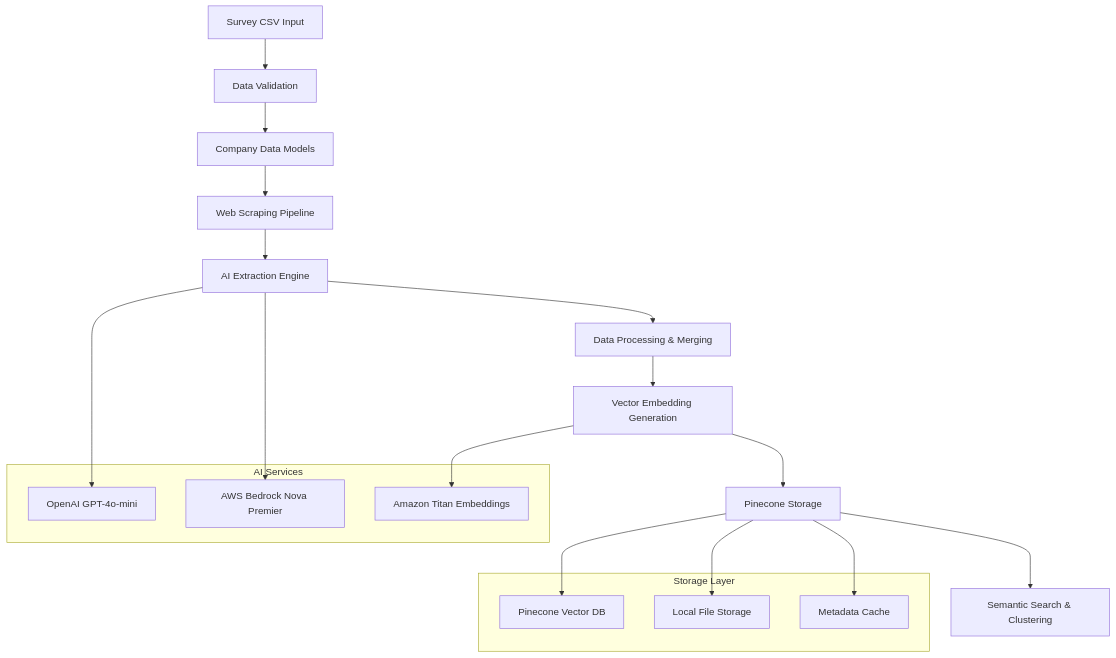
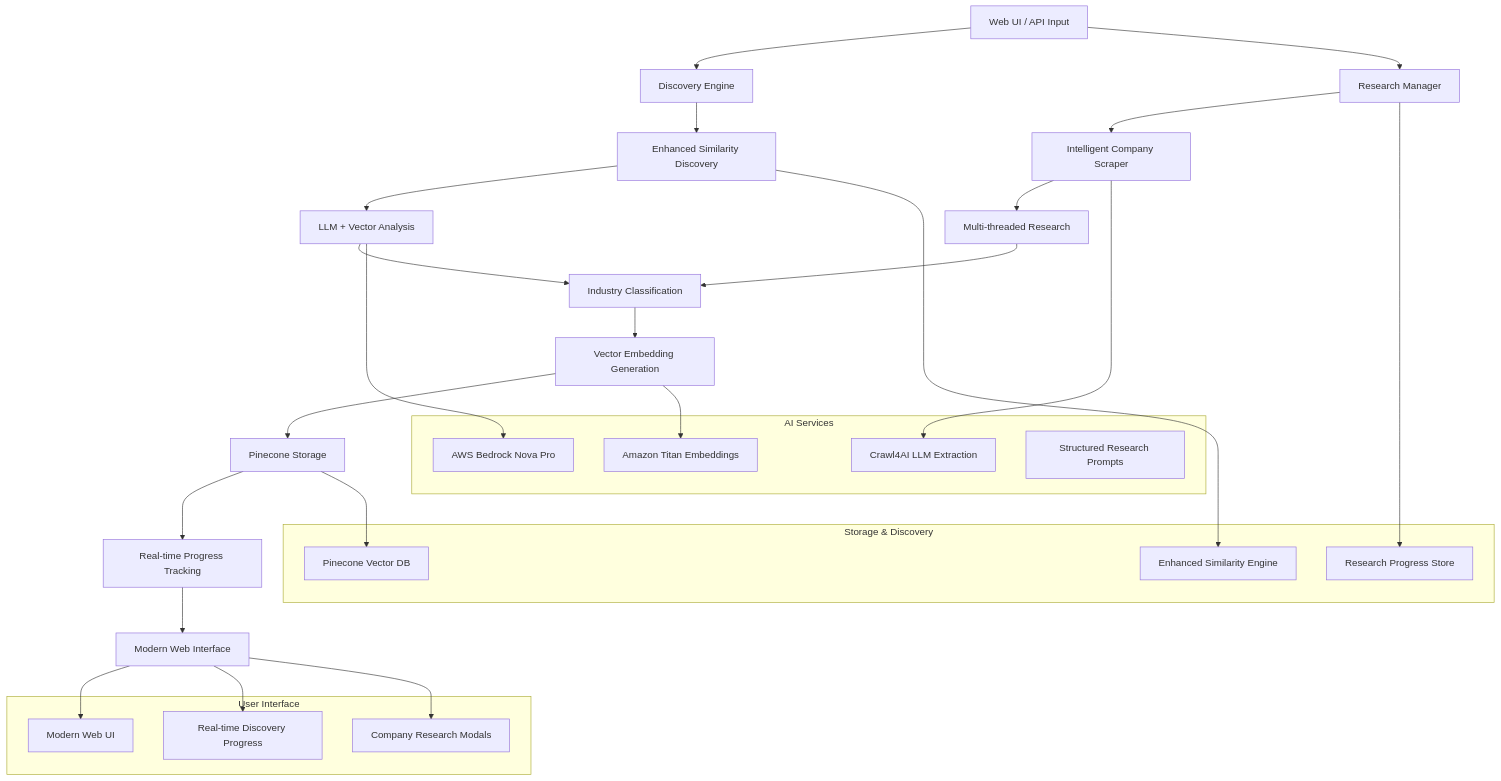
One commit to AntoineDubuc/Theodore changed the diagram in docs/ARCHITECTURE.md. Above: the diagram before and after it, drawn with Mermaid. The commit also changed other lines of this file and 21 other files, not shown here.

First line of the commit message:
Add comprehensive research metadata system and enhanced company discovery

````diff
--- a/docs/ARCHITECTURE.md
+++ b/docs/ARCHITECTURE.md
@@ -7,30 +7,44 @@
 ```mermaid
 graph TB
-    A[Survey CSV Input] --> B[Data Validation]
-    B --> C[Company Data Models]
-    C --> D[Web Scraping Pipeline]
-    D --> E[AI Extraction Engine]
-    E --> F[Data Processing & Merging]
-    F --> G[Vector Embedding Generation]
-    G --> H[Pinecone Storage]
-    H --> I[Semantic Search & Clustering]
+    A[Web UI / API Input] --> B[Discovery Engine]
+    A --> C[Research Manager]
+    B --> D[Enhanced Similarity Discovery]
+    C --> E[Intelligent Company Scraper]
+    D --> F[LLM + Vector Analysis]
+    E --> G[Multi-threaded Research]
+    F --> H[Industry Classification]
+    G --> H
+    H --> I[Vector Embedding Generation]
+    I --> J[Pinecone Storage]
+    J --> K[Real-time Progress Tracking]
+    K --> L[Modern Web Interface]
     
     subgraph "AI Services"
-        E1[OpenAI GPT-4o-mini]
-        E2[AWS Bedrock Nova Premier]
-        E3[Amazon Titan Embeddings]
+        AI1[AWS Bedrock Nova Pro]
+        AI2[Amazon Titan Embeddings]
+        AI3[Crawl4AI LLM Extraction]
+        AI4[Structured Research Prompts]
     end
     
-    subgraph "Storage Layer"
-        H1[Pinecone Vector DB]
-        H2[Local File Storage]
-        H3[Metadata Cache]
+    subgraph "Storage & Discovery"
+        S1[Pinecone Vector DB]
+        S2[Enhanced Similarity Engine]
+        S3[Research Progress Store]
     end
     
-    E --> E1
-    E --> E2
-    G --> E3
-    H --> H1
-    H --> H2
-    H --> H3
+    subgraph "User Interface"
+        UI1[Modern Web UI]
+        UI2[Real-time Discovery Progress]
+        UI3[Company Research Modals]
+    end
+    
+    F --> AI1
+    I --> AI2
+    E --> AI3
+    J --> S1
+    D --> S2
+    C --> S3
+    L --> UI1
+    L --> UI2
+    L --> UI3
 ```
````
